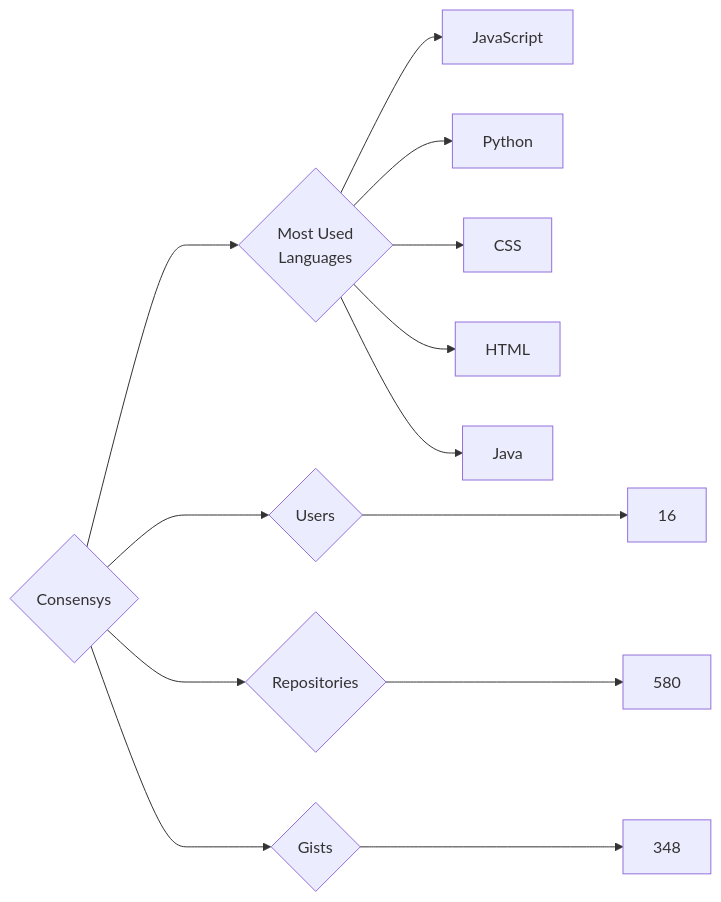
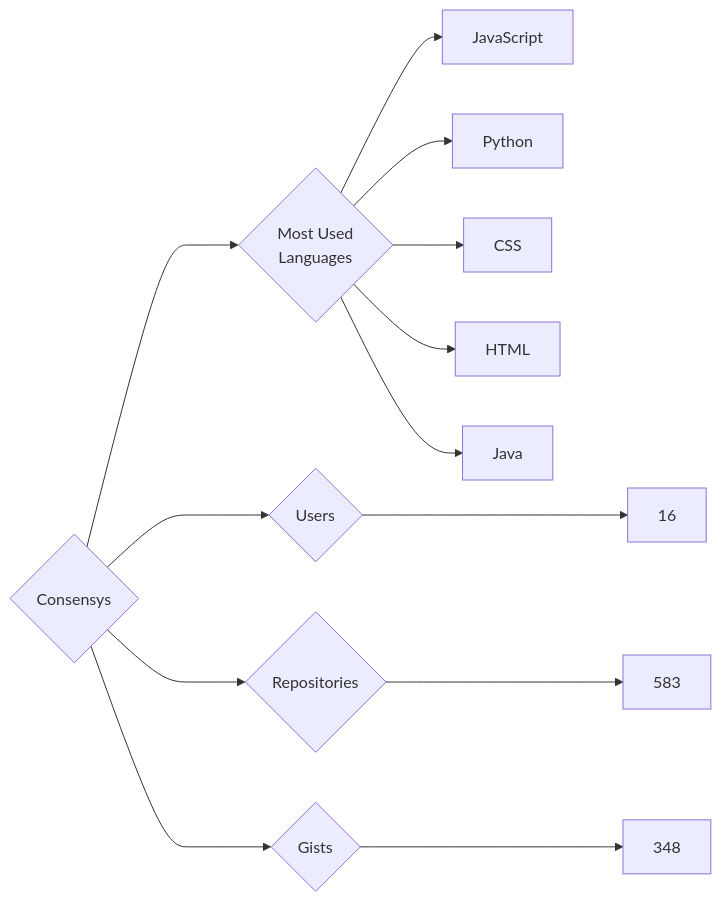
The diagram in targets/Consensys/README.md (trickest/insiders), drawn with Mermaid before and after one commit. The commit also changed 629 other files, not shown here.

````diff
--- a/targets/Consensys/README.md
+++ b/targets/Consensys/README.md
@@ -3,13 +3,13 @@
 ```mermaid
 graph LR
 COMPANY_NAME{Consensys}
 COMPANY_NAME ---> U{Users} ---> UN[16]
-COMPANY_NAME ---> R{Repositories} ---> RN[580]
+COMPANY_NAME ---> R{Repositories} ---> RN[583]
 COMPANY_NAME ---> G{Gists} ---> GN[348]
 COMPANY_NAME ---> ML{Most Used<br>Languages}
 ML --> JavaScript[JavaScript]
 ML --> Python[Python]
 ML --> CSS[CSS]
 ML --> HTML[HTML]
 ML --> Java[Java]
 ```
````
